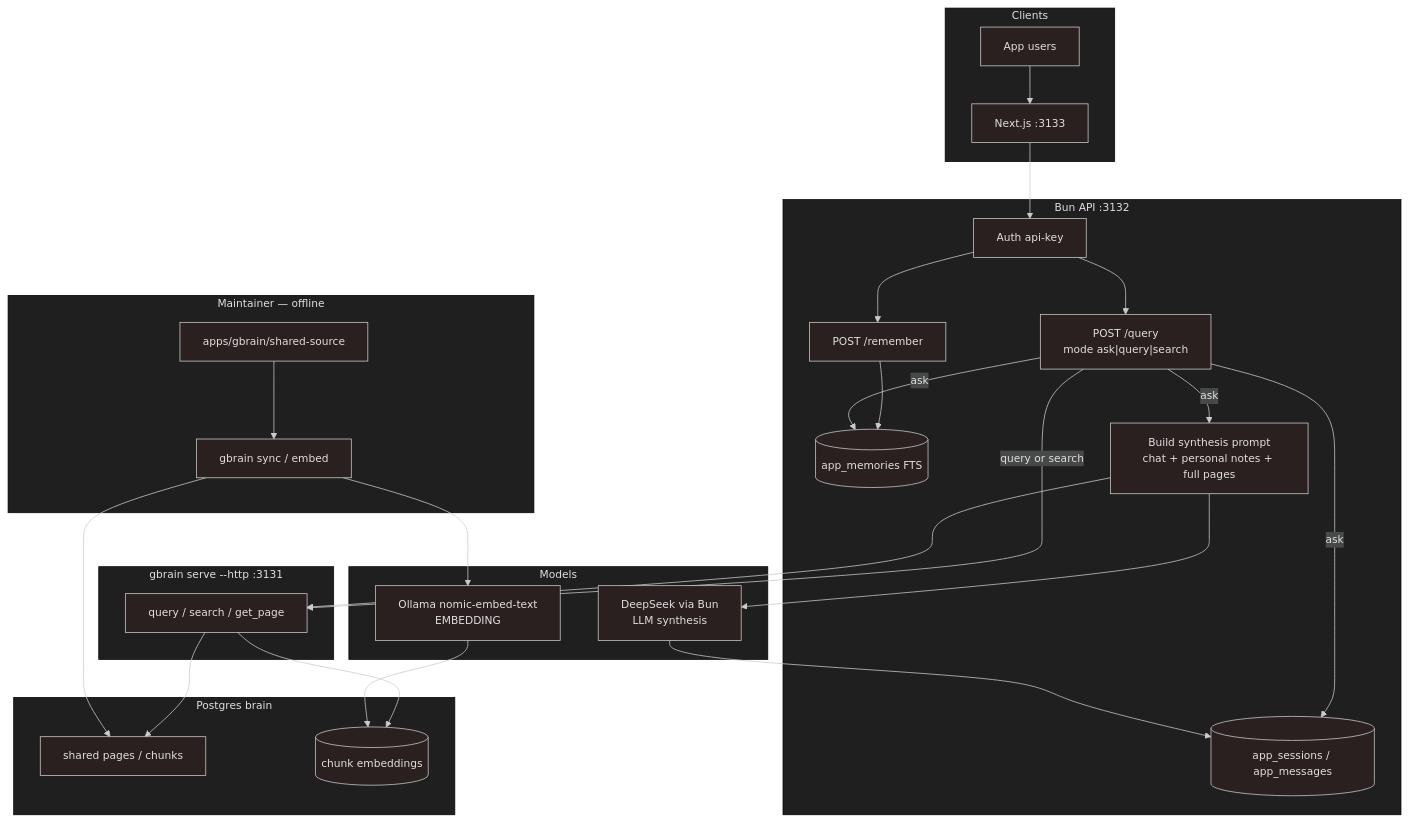
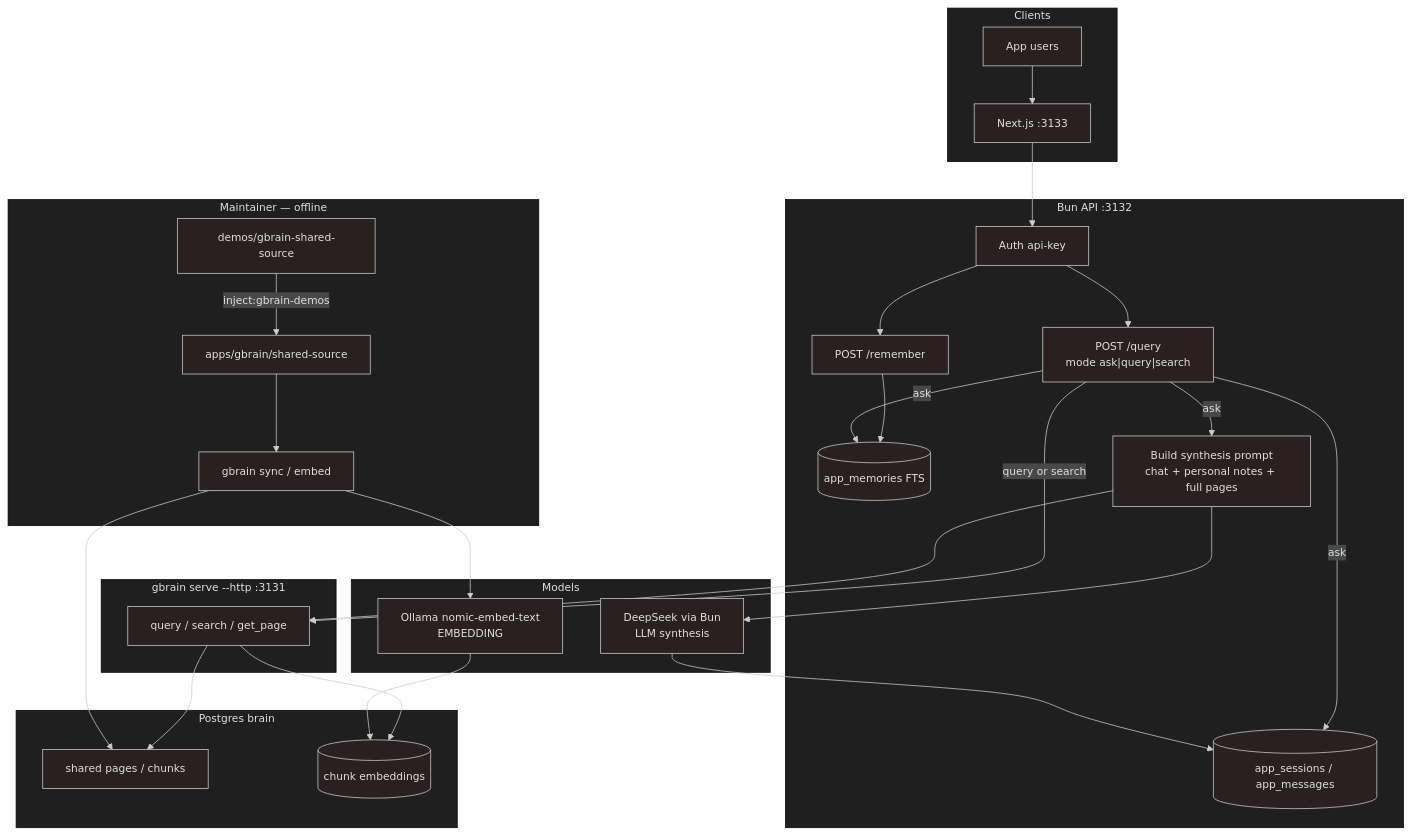
One commit to kyung-lee-official/gbrain-sandbox changed the first of 2 diagrams in README.md. Above: the diagram before and after it, drawn with Mermaid. The commit also changed other lines of this file and 3 other files, not shown here.

````diff
--- a/README.md
+++ b/README.md
@@ -38,58 +38,60 @@
 ```mermaid
 %%{init: {'theme': 'neo-dark'}}%%
 flowchart TB
   subgraph clients [Clients]
     Web[Next.js :3133]
     Lily[App users]
   end
 
   subgraph bun [Bun API :3132]
     Auth[Auth api-key]
     Remember["POST /remember"]
     Query["POST /query<br/>mode ask|query|search"]
     Mem[(app_memories FTS)]
     Chat[(app_sessions / app_messages)]
     Build[Build synthesis prompt<br/>chat + personal notes + full pages]
   end
 
   subgraph maintainer [Maintainer — offline]
+    Demos[demos/gbrain-shared-source]
     MD[apps/gbrain/shared-source]
     Sync["gbrain sync / embed"]
   end
 
   subgraph gbrain [gbrain serve --http :3131]
     Retrieve[query / search / get_page]
   end
 
   subgraph models [Models]
     Ollama["Ollama nomic-embed-text<br/>EMBEDDING"]
     DeepSeek["DeepSeek via Bun<br/>LLM synthesis"]
   end
 
   subgraph store [Postgres brain]
     Pages[shared pages / chunks]
     Embs[(chunk embeddings)]
   end
 
   Lily --> Web
   Web --> Auth
   Auth --> Remember
   Auth --> Query
 
   Remember --> Mem
 
   Query -->|ask| Chat
   Query -->|ask| Mem
   Query -->|ask| Build
   Query -->|query or search| Retrieve
   Build --> Retrieve
   Retrieve --> Pages
   Retrieve --> Embs
   Build --> DeepSeek
   DeepSeek --> Chat
 
+  Demos -->|inject:gbrain-demos| MD
   MD --> Sync
   Sync --> Pages
   Sync --> Ollama
   Ollama --> Embs
 ```
````
